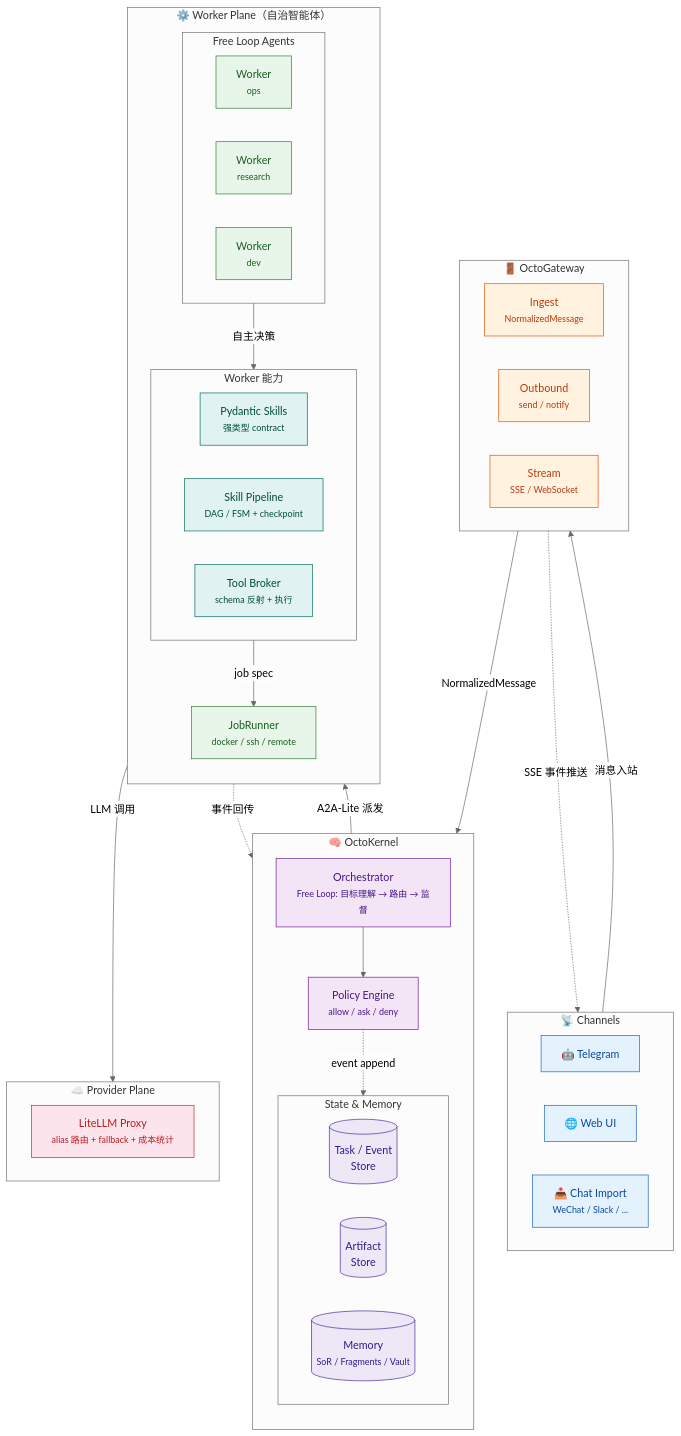
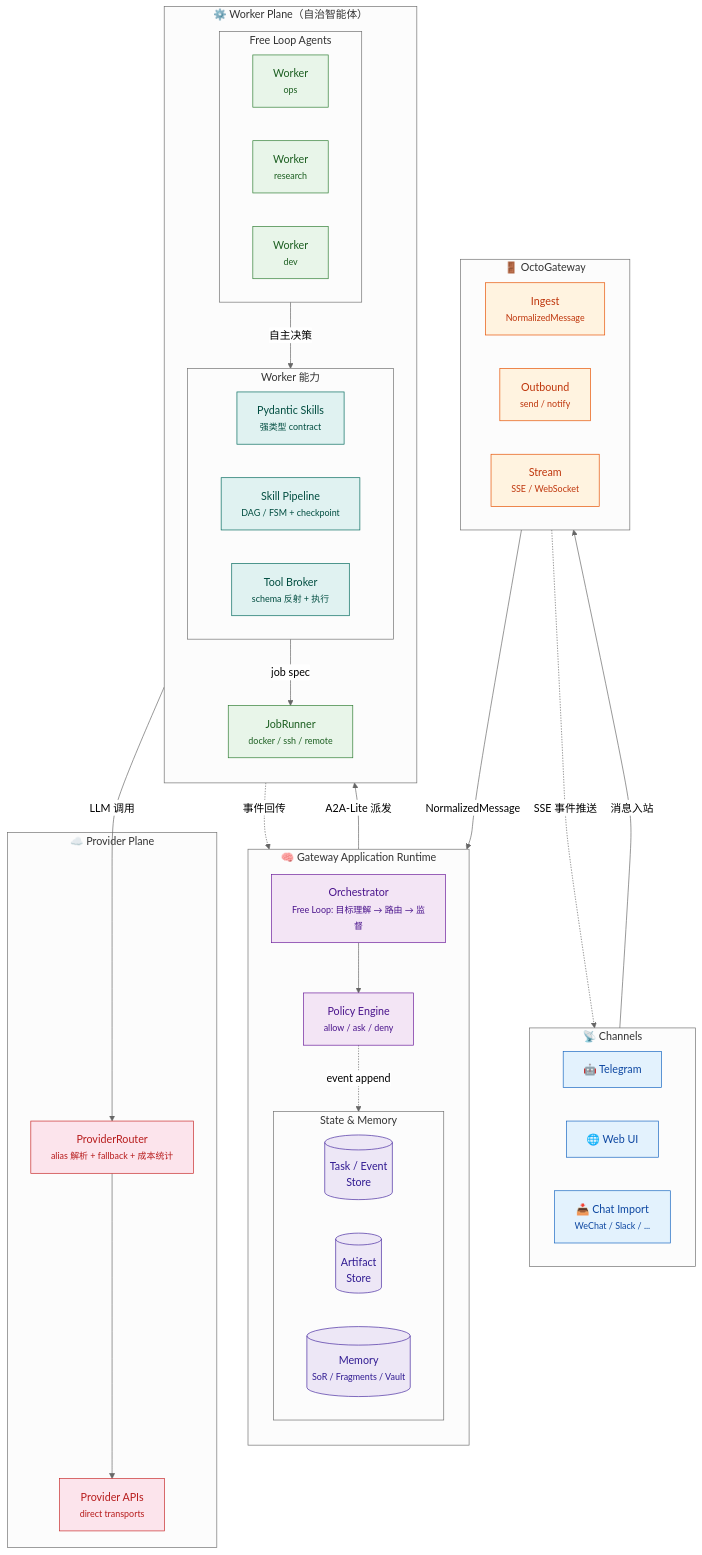
The diagram in docs/blueprint/architecture-overview.md (connor-git-yaml/OctoAgent), drawn with Mermaid (neutral theme) before and after one commit. The commit also changed other lines of this file and 470 other files, not shown here.

````diff
--- a/docs/blueprint/architecture-overview.md
+++ b/docs/blueprint/architecture-overview.md
@@ -54,7 +54,7 @@
     STRM["Stream<br/><small>SSE / WebSocket</small>"]
   end
 
-  subgraph Kernel["🧠 OctoKernel"]
+  subgraph Runtime["🧠 Gateway Application Runtime"]
     direction TB
     ROUTER["Orchestrator<br/><small>Free Loop: 目标理解 → 路由 → 监督</small>"]
     POLICY["Policy Engine<br/><small>allow / ask / deny</small>"]
@@ -94,14 +94,16 @@
   end
 
   subgraph Provider["☁️ Provider Plane"]
-    LLM["LiteLLM Proxy<br/><small>alias 路由 + fallback + 成本统计</small>"]
+    ROUTE["ProviderRouter<br/><small>alias 解析 + fallback + 成本统计</small>"]
+    LLM["Provider APIs<br/><small>direct transports</small>"]
+    ROUTE --> LLM
   end
 
   Channels -->|"消息入站"| Gateway
-  Gateway -->|"NormalizedMessage"| Kernel
-  Kernel -->|"A2A-Lite 派发"| Exec
-  Exec -->|"LLM 调用"| Provider
-  Exec -.->|"事件回传"| Kernel
+  Gateway -->|"NormalizedMessage"| Runtime
+  Runtime -->|"A2A-Lite 派发"| Exec
+  Exec -->|"LLM 调用"| ROUTE
+  Exec -.->|"事件回传"| Runtime
   Gateway -.->|"SSE 事件推送"| Channels
 
   %% 样式定义
@@ -119,5 +121,5 @@
   class TASKS,ART,MEM store
   class W1,W2,W3,JR worker
   class SKILLS,GRAPH,TOOLS capability
-  class LLM provider
+  class ROUTE,LLM provider
 ```
````
